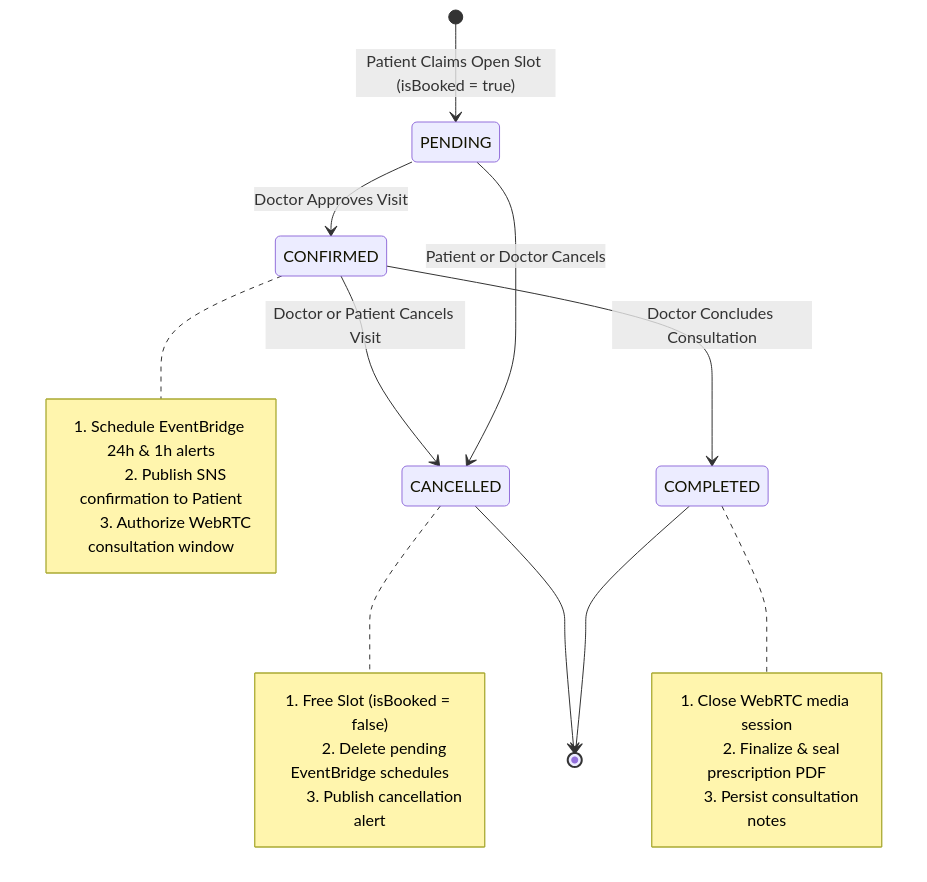
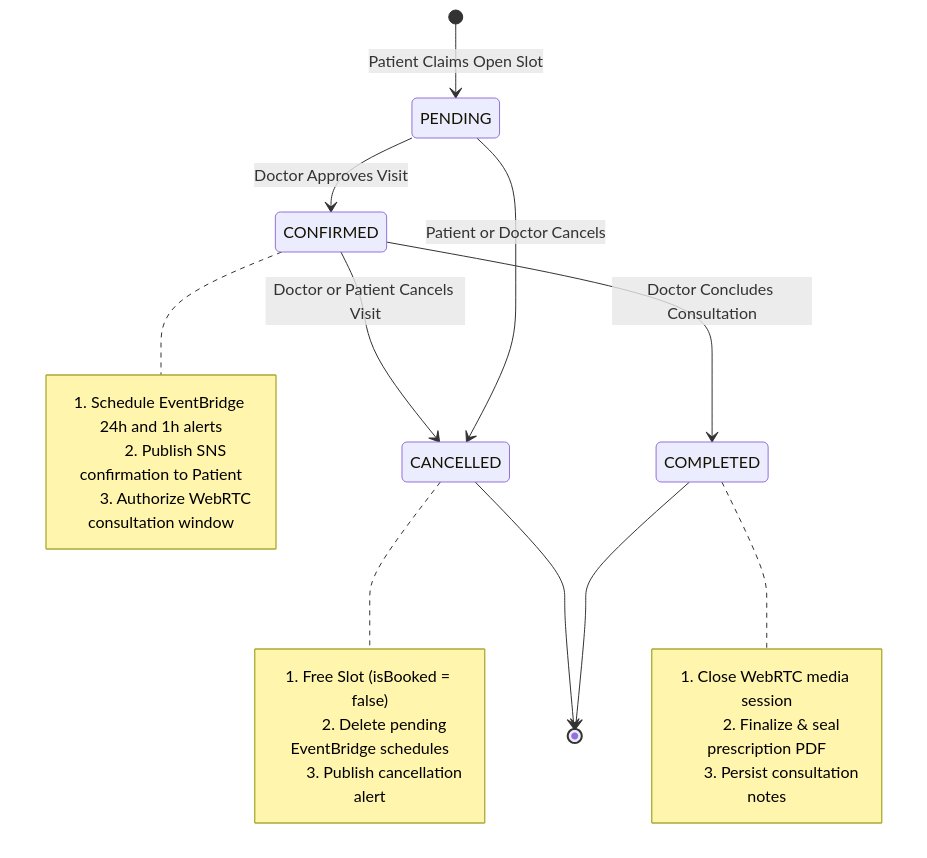
The tenth of 10 diagrams in README.md (CloudProject-007/telemedicine), drawn with Mermaid before and after one commit. The commit also changed other lines of this file, not shown here.

````diff
--- a/README.md
+++ b/README.md
@@ -539,29 +563,29 @@
 ```mermaid
 stateDiagram-v2
-    [*] --> PENDING: Patient Claims Open Slot (isBooked = true)
+    [*] --> PENDING: Patient Claims Open Slot
     
     PENDING --> CONFIRMED: Doctor Approves Visit
     note right of CONFIRMED
-        1. Schedule EventBridge 24h & 1h alerts
+        1. Schedule EventBridge 24h and 1h alerts
         2. Publish SNS confirmation to Patient
         3. Authorize WebRTC consultation window
     end note
 
     PENDING --> CANCELLED: Patient or Doctor Cancels
     note right of CANCELLED
         1. Free Slot (isBooked = false)
         2. Delete pending EventBridge schedules
         3. Publish cancellation alert
     end note
 
     CONFIRMED --> CANCELLED: Doctor or Patient Cancels Visit
     CONFIRMED --> COMPLETED: Doctor Concludes Consultation
     note right of COMPLETED
         1. Close WebRTC media session
         2. Finalize & seal prescription PDF
         3. Persist consultation notes
     end note
 
     COMPLETED --> [*]
     CANCELLED --> [*]
 ```
````
